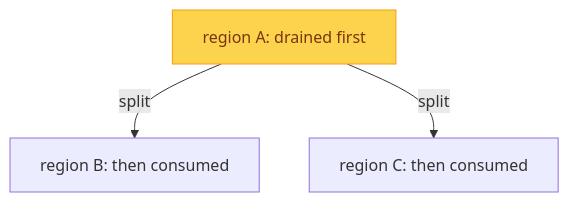
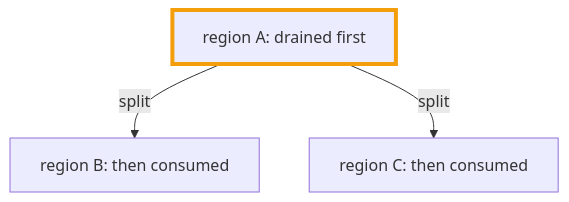
One commit to palashc/palashc.github.io changed the second of 2 diagrams in src/content/blog/phoenix-dynamodb-parity/eventually-consistent-indexes.md. Above: the diagram before and after it, drawn with Mermaid. The commit also changed other lines of this file and 21 other files, not shown here.

````diff
--- a/src/content/blog/phoenix-dynamodb-parity/eventually-consistent-indexes.md
+++ b/src/content/blog/phoenix-dynamodb-parity/eventually-consistent-indexes.md
@@ -64,7 +64,7 @@
 ```mermaid
 flowchart TB
   a["region A: drained first"]
   a -->|"split"| b["region B: then consumed"]
   a -->|"split"| c["region C: then consumed"]
-  style a fill:#fcd34d,color:#78350f,stroke:#f59e0b
+  style a stroke:#f59e0b,stroke-width:4px
 ```
````
